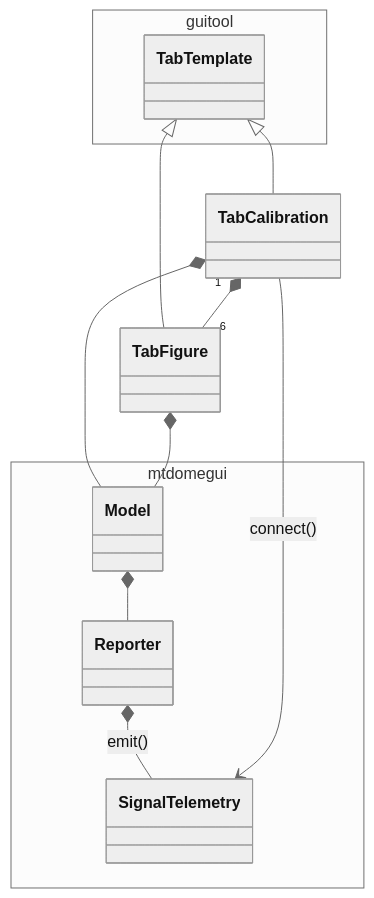
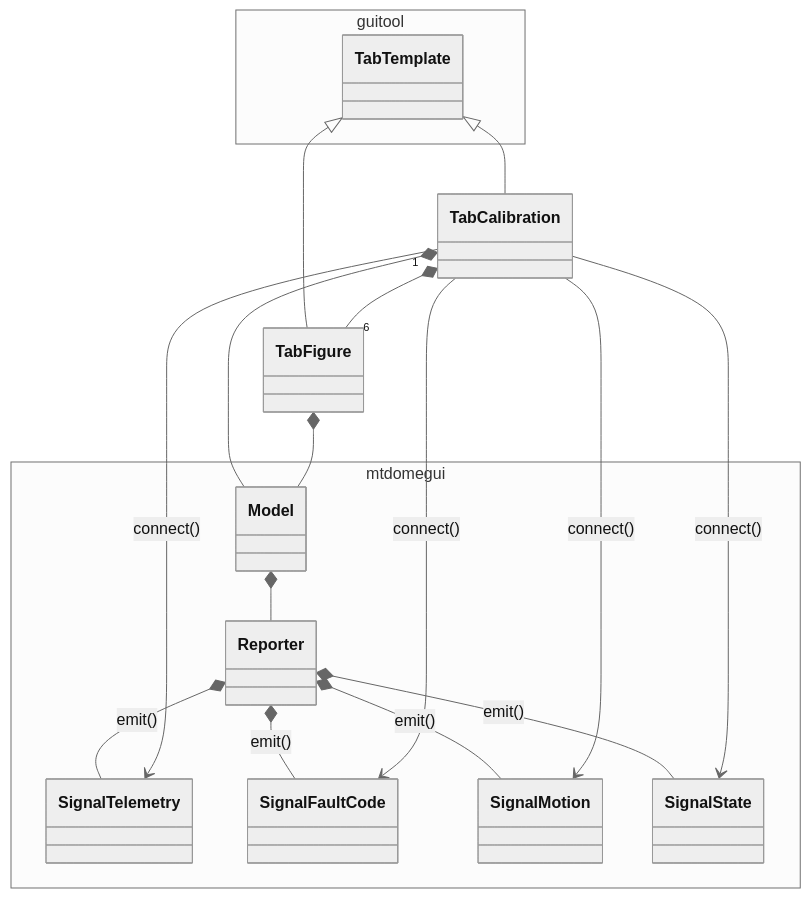
The diagram in doc/uml/tab/class_tab_calibration.mmd (lsst-ts/ts_mtdomegui), drawn with Mermaid (neutral theme) before and after one commit. The commit also changed 6 other files, not shown here.

```diff
--- a/doc/uml/tab/class_tab_calibration.mmd
+++ b/doc/uml/tab/class_tab_calibration.mmd
@@ -1,24 +1,33 @@
 classDiagram
 
 namespace guitool {
   class TabTemplate
 }
 
 namespace mtdomegui {
   class Model
   class Reporter
   class SignalTelemetry
+  class SignalFaultCode
+  class SignalMotion
+  class SignalState
 }
 
 Model *-- Reporter
 
 Reporter *-- SignalTelemetry : emit()
+Reporter *-- SignalFaultCode : emit()
+Reporter *-- SignalMotion : emit()
+Reporter *-- SignalState : emit()
 
 TabTemplate <|-- TabCalibration
 TabTemplate <|-- TabFigure
 
 TabCalibration *-- Model
 TabCalibration "1" *-- "6" TabFigure
 TabCalibration --> SignalTelemetry : connect()
+TabCalibration --> SignalFaultCode : connect()
+TabCalibration --> SignalMotion : connect()
+TabCalibration --> SignalState : connect()
 
 TabFigure *-- Model
```
